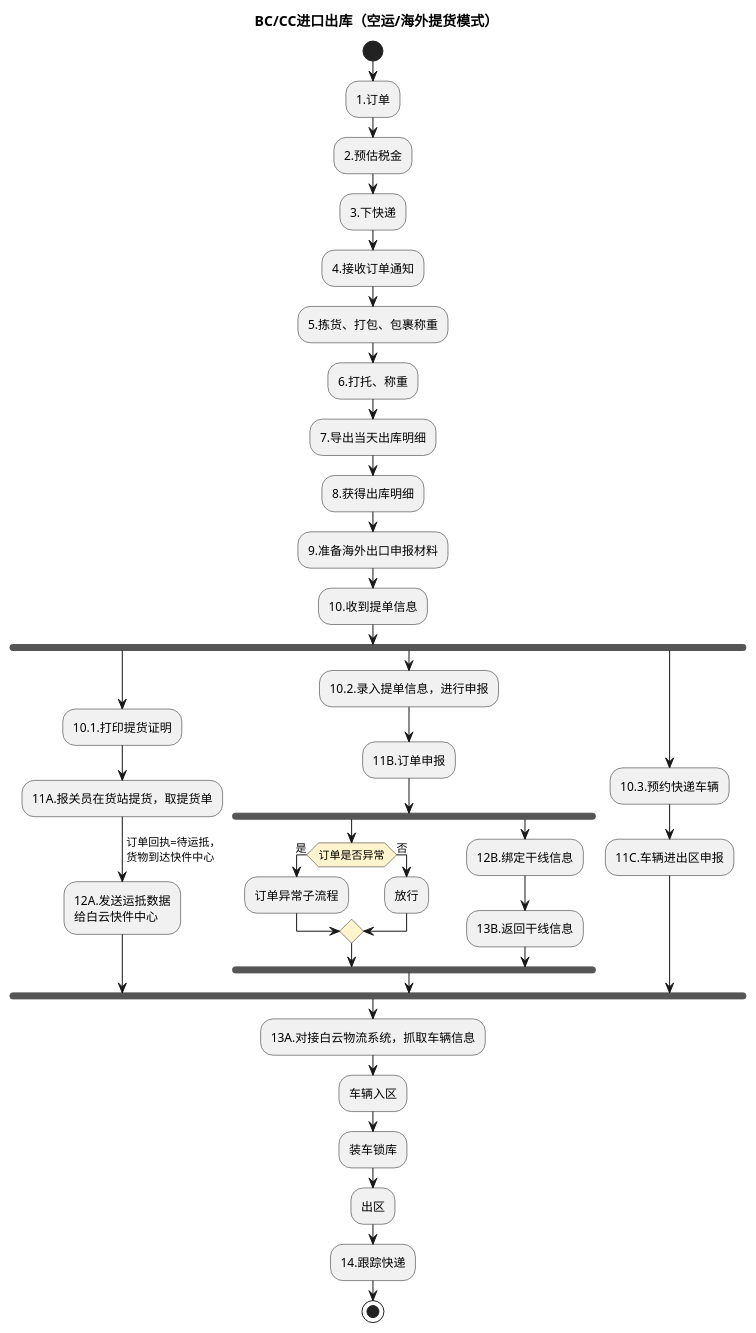
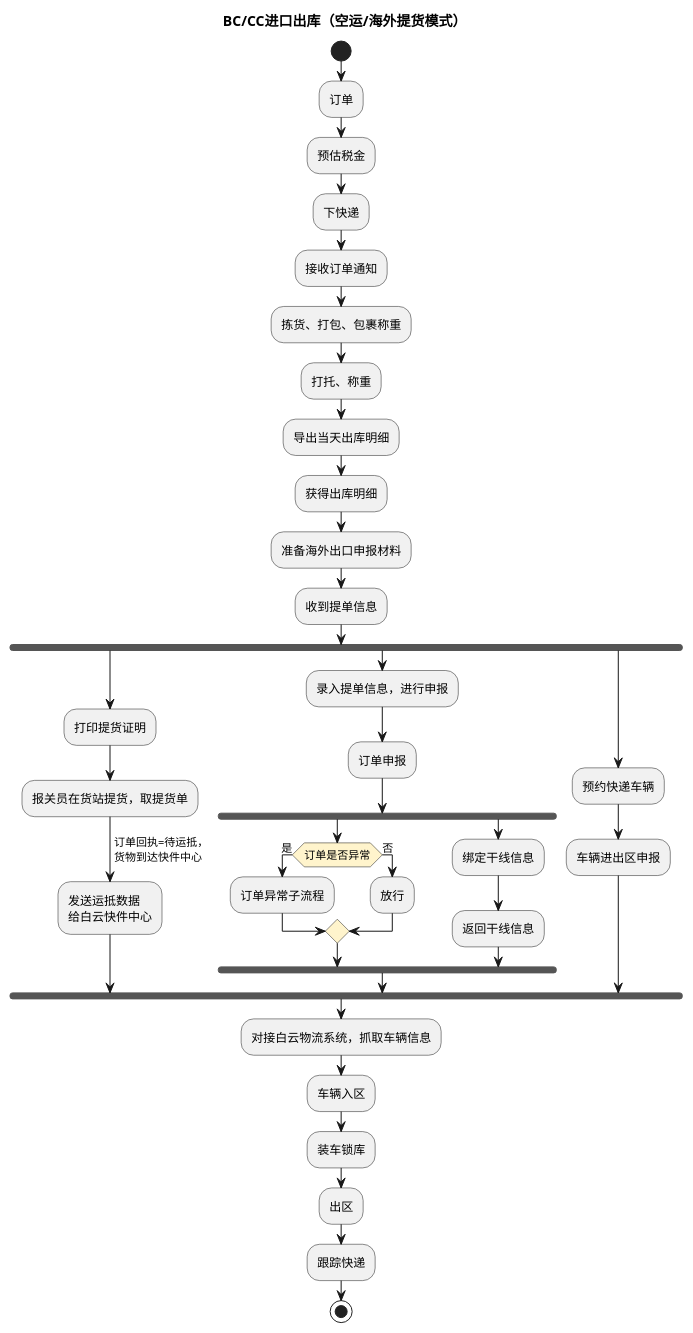
One commit to jack888332/projects-doc changed the third of 6 diagrams in product-caliber/goldjet/segmented-prd/mainflow/PRD.高捷物流系统一期.主流程.05.跨境电商BC、个人物品CC进口详细流程.md. Above: the diagram before and after it, drawn with PlantUML. The commit also changed other lines of this file and 24 other files, not shown here.

````diff
--- a/product-caliber/goldjet/segmented-prd/mainflow/PRD.高捷物流系统一期.主流程.05.跨境电商BC、个人物品CC进口详细流程.md
+++ b/product-caliber/goldjet/segmented-prd/mainflow/PRD.高捷物流系统一期.主流程.05.跨境电商BC、个人物品CC进口详细流程.md
@@ -76,45 +76,45 @@
 ```plantuml
 @startuml
 skinparam activityDiamondBackgroundColor #FFF4CC
 title BC/CC进口出库（空运/海外提货模式）
 start
-:1.订单;
-:2.预估税金;
-:3.下快递;
-:4.接收订单通知;
-:5.拣货、打包、包裹称重;
-:6.打托、称重;
-:7.导出当天出库明细;
-:8.获得出库明细;
-:9.准备海外出口申报材料;
-:10.收到提单信息;
+:订单;
+:预估税金;
+:下快递;
+:接收订单通知;
+:拣货、打包、包裹称重;
+:打托、称重;
+:导出当天出库明细;
+:获得出库明细;
+:准备海外出口申报材料;
+:收到提单信息;
 fork
-  :10.1.打印提货证明;
-  :11A.报关员在货站提货，取提货单;
+  :打印提货证明;
+  :报关员在货站提货，取提货单;
   -> 订单回执=待运抵，\n货物到达快件中心;
-  :12A.发送运抵数据\n给白云快件中心;
+  :发送运抵数据\n给白云快件中心;
 fork again
-  :10.2.录入提单信息，进行申报;
-  :11B.订单申报;
+  :录入提单信息，进行申报;
+  :订单申报;
   fork
     if (订单是否异常) then (是)
       :订单异常子流程;
     else (否)
       :放行;
     endif
   fork again
-    :12B.绑定干线信息;
-    :13B.返回干线信息;
+    :绑定干线信息;
+    :返回干线信息;
   end fork
 fork again
-  :10.3.预约快递车辆;
-  :11C.车辆进出区申报;
+  :预约快递车辆;
+  :车辆进出区申报;
 end fork
-:13A.对接白云物流系统，抓取车辆信息;
+:对接白云物流系统，抓取车辆信息;
 :车辆入区;
 :装车锁库;
 :出区;
-:14.跟踪快递;
+:跟踪快递;
 stop
 @enduml
 ```
````
